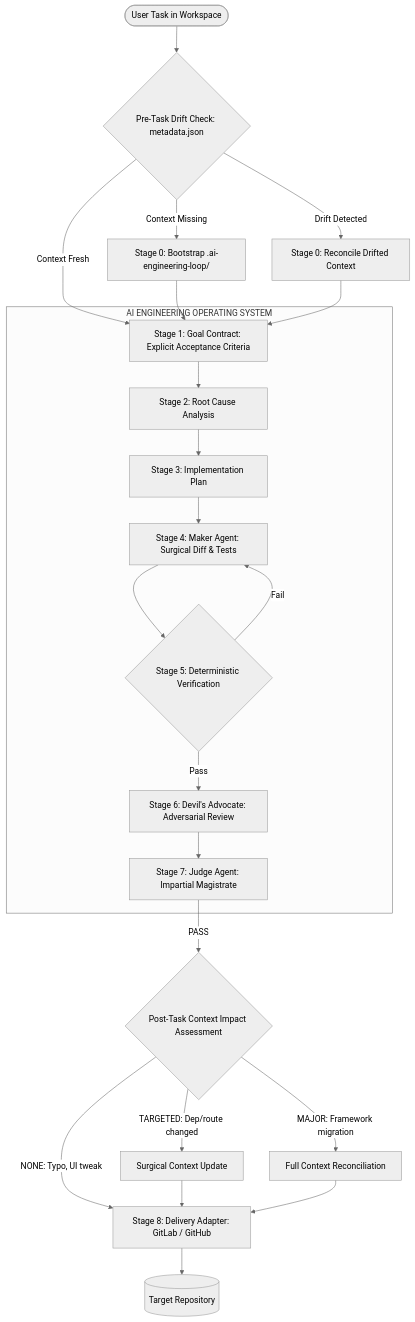
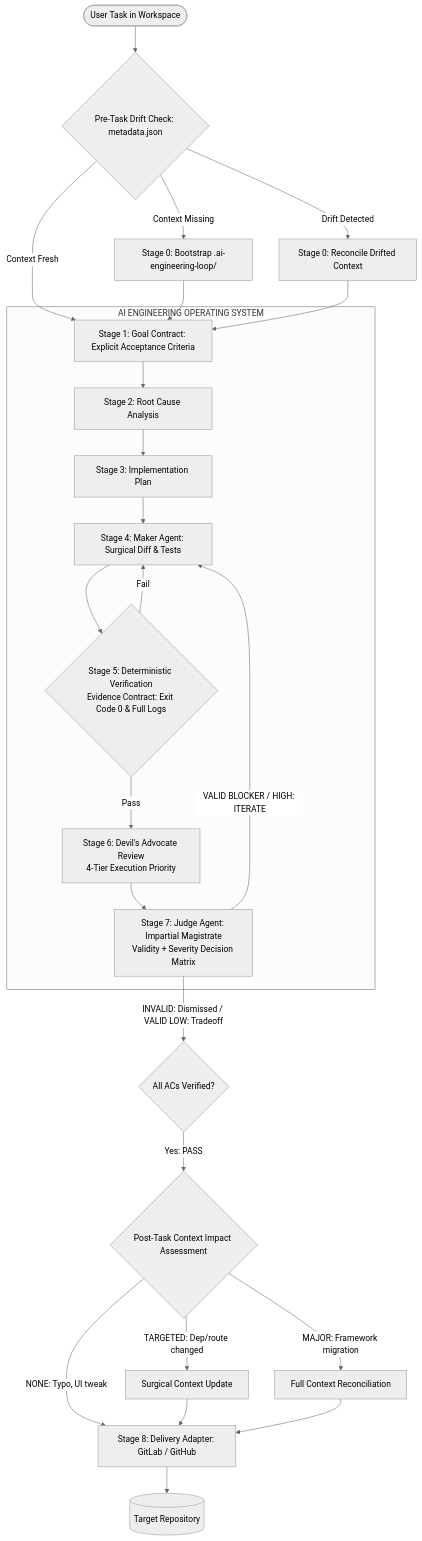
The diagram in README.md (egagofur/ai-engineering-loop), drawn with Mermaid (neutral theme) before and after one commit. The commit also changed other lines of this file and 9 other files, not shown here.

Commit message:
feat: add multi-agent orchestration priority, clean-slate barrier, verification evidence contract, and dual-axis finding model

````diff
--- a/README.md
+++ b/README.md
@@ -27,31 +25,33 @@
 ```mermaid
 flowchart TD
     Start([User Task in Workspace]) --> PreCheck{Pre-Task Drift Check: metadata.json}
     
     PreCheck -->|Context Missing| AutoInit[Stage 0: Bootstrap .ai-engineering-loop/]
     PreCheck -->|Drift Detected| Reconcile[Stage 0: Reconcile Drifted Context]
     PreCheck -->|Context Fresh| GC[Stage 1: Goal Contract: Explicit Acceptance Criteria]
     
     AutoInit --> GC
     Reconcile --> GC
     
     subgraph CoreEngine [AI ENGINEERING OPERATING SYSTEM]
         GC --> RCA[Stage 2: Root Cause Analysis]
         RCA --> Plan[Stage 3: Implementation Plan]
         Plan --> MA[Stage 4: Maker Agent: Surgical Diff & Tests]
-        MA --> DV{Stage 5: Deterministic Verification}
+        MA --> DV{Stage 5: Deterministic Verification<br>Evidence Contract: Exit Code 0 & Full Logs}
         
         DV -->|Fail| MA
-        DV -->|Pass| DA[Stage 6: Devil's Advocate: Adversarial Review]
+        DV -->|Pass| DA[Stage 6: Devil's Advocate Review<br>4-Tier Execution Priority]
         
-        DA --> JD[Stage 7: Judge Agent: Impartial Magistrate]
+        DA --> JD[Stage 7: Judge Agent: Impartial Magistrate<br>Validity + Severity Decision Matrix]
     end
     
-    JD -->|PASS| ImpactEval{Post-Task Context Impact Assessment}
+    JD -->|VALID BLOCKER / HIGH: ITERATE| MA
+    JD -->|INVALID: Dismissed / VALID LOW: Tradeoff| CheckDoD{All ACs Verified?}
     
+    CheckDoD -->|Yes: PASS| ImpactEval{Post-Task Context Impact Assessment}
     ImpactEval -->|NONE: Typo, UI tweak| Adapter[Stage 8: Delivery Adapter: GitLab / GitHub]
     ImpactEval -->|TARGETED: Dep/route changed| PartialRefresh[Surgical Context Update] --> Adapter
     ImpactEval -->|MAJOR: Framework migration| FullRefresh[Full Context Reconciliation] --> Adapter
     
     Adapter --> TargetRepo[(Target Repository)]
 ```
````
